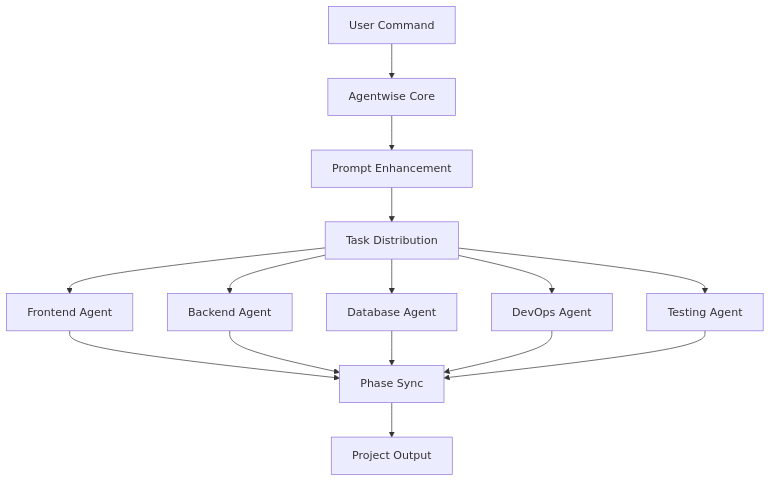
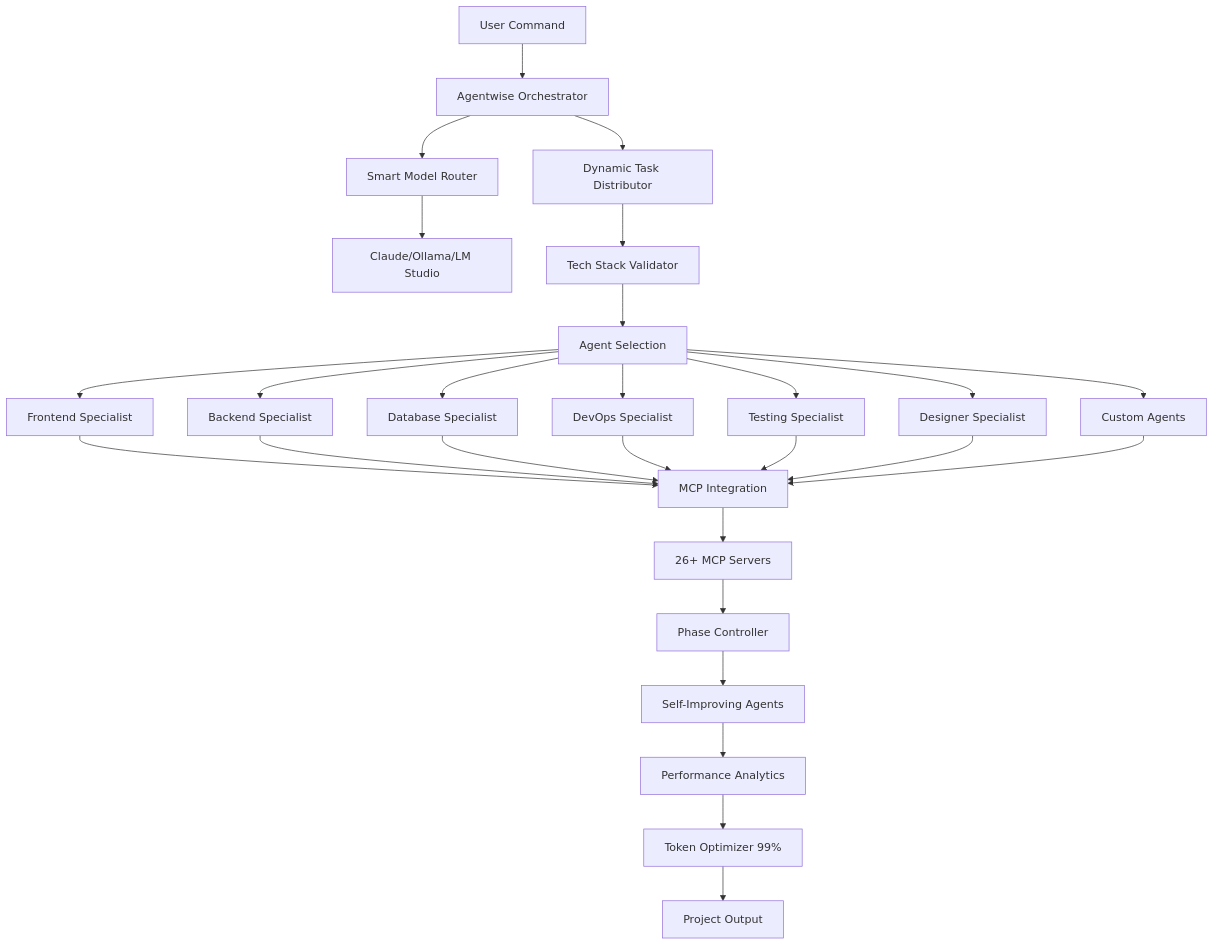
One commit to VibeCodingWithPhil/agentwise changed the diagram in README.md. Above: the diagram before and after it, drawn with Mermaid. The commit also changed other lines of this file and 1 other file, not shown here.

````diff
--- a/README.md
+++ b/README.md
@@ -176,17 +200,29 @@
 ```mermaid
 graph TD
-    A[User Command] --> B[Agentwise Core]
-    B --> C[Prompt Enhancement]
-    C --> D[Task Distribution]
-    D --> E1[Frontend Agent]
-    D --> E2[Backend Agent]
-    D --> E3[Database Agent]
-    D --> E4[DevOps Agent]
-    D --> E5[Testing Agent]
-    E1 --> F[Phase Sync]
-    E2 --> F
-    E3 --> F
-    E4 --> F
-    E5 --> F
-    F --> G[Project Output]
+    A[User Command] --> B[Agentwise Orchestrator]
+    B --> C[Smart Model Router]
+    C --> D[Claude/Ollama/LM Studio]
+    B --> E[Dynamic Task Distributor]
+    E --> F[Tech Stack Validator]
+    F --> G[Agent Selection]
+    G --> H1[Frontend Specialist]
+    G --> H2[Backend Specialist]
+    G --> H3[Database Specialist]
+    G --> H4[DevOps Specialist]
+    G --> H5[Testing Specialist]
+    G --> H6[Designer Specialist]
+    G --> H7[Custom Agents]
+    H1 --> I[MCP Integration]
+    H2 --> I
+    H3 --> I
+    H4 --> I
+    H5 --> I
+    H6 --> I
+    H7 --> I
+    I --> J[26+ MCP Servers]
+    J --> K[Phase Controller]
+    K --> L[Self-Improving Agents]
+    L --> M[Performance Analytics]
+    M --> N[Token Optimizer 99%]
+    N --> O[Project Output]
 ```
````
